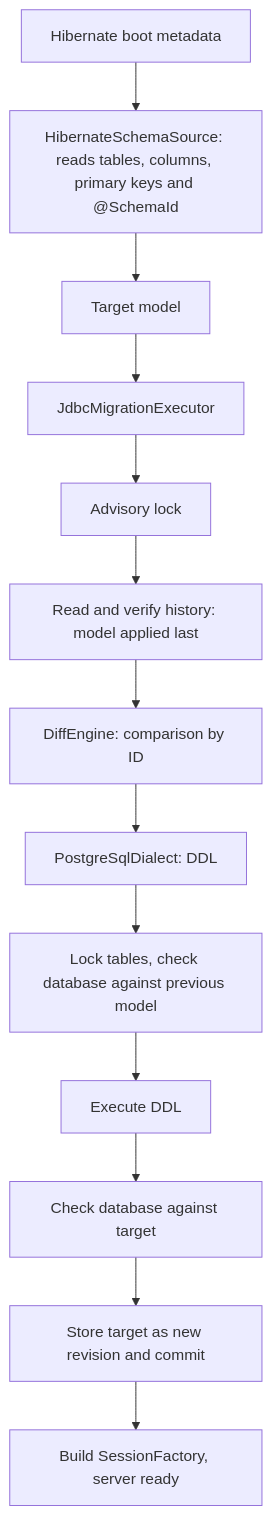
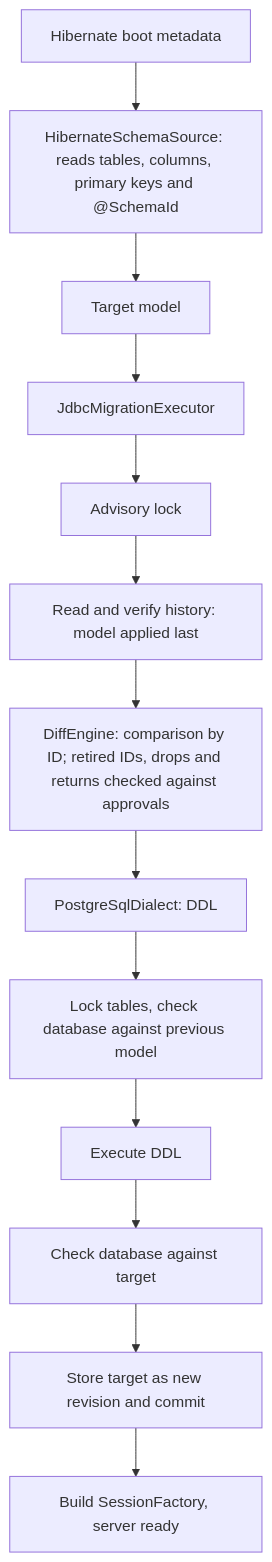
One commit to anjunar/hibernate-ddl-manager changed the diagram in docs/architecture.md. Above: the diagram before and after it, drawn with Mermaid. The commit also changed other lines of this file and 2 other files, not shown here.

````diff
--- a/docs/architecture.md
+++ b/docs/architecture.md
@@ -9,15 +9,15 @@
 ```mermaid
 flowchart TD
     H[Hibernate boot metadata] --> R[HibernateSchemaSource: reads tables, columns, primary keys and @SchemaId]
     R --> D[Target model]
     D --> EX[JdbcMigrationExecutor]
     EX --> LOCK[Advisory lock]
     LOCK --> HIST[Read and verify history: model applied last]
-    HIST --> DIFF[DiffEngine: comparison by ID]
+    HIST --> DIFF[DiffEngine: comparison by ID; retired IDs, drops and returns checked against approvals]
     DIFF --> SQL[PostgreSqlDialect: DDL]
     SQL --> PRE[Lock tables, check database against previous model]
     PRE --> DDL[Execute DDL]
     DDL --> POST[Check database against target]
     POST --> REC[Store target as new revision and commit]
     REC --> SF[Build SessionFactory, server ready]
 ```
````
